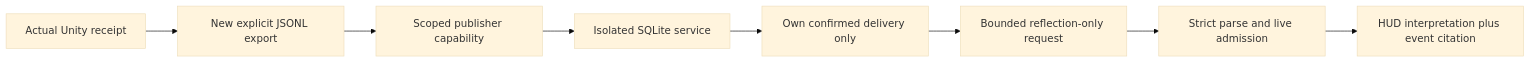
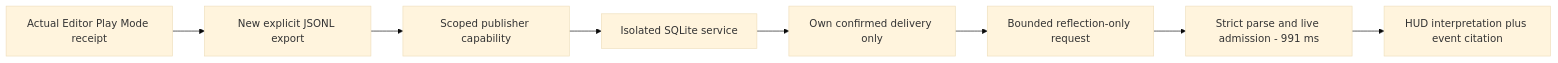
One commit to duikindiesee/kooker-starfall changed the second of 2 diagrams in docs/SYSTEM-ARCHITECTURE.md. Above: the diagram before and after it, drawn with Mermaid (base theme). The commit also changed other lines of this file and 2 other files, not shown here.

Commit message:
Record first admitted living-memory thought in Editor Play Mode

````diff
--- a/docs/SYSTEM-ARCHITECTURE.md
+++ b/docs/SYSTEM-ARCHITECTURE.md
@@ -153,10 +153,10 @@
 ```mermaid
 flowchart LR
-  A[Actual Unity receipt] --> E[New explicit JSONL export]
+  A[Actual Editor Play Mode receipt] --> E[New explicit JSONL export]
   E --> P[Scoped publisher capability]
   P --> S[Isolated SQLite service]
   S --> R[Own confirmed delivery only]
   R --> M[Bounded reflection-only request]
-  M --> G[Strict parse and live admission]
+  M --> G[Strict parse and live admission - 991 ms]
   G --> H[HUD interpretation plus event citation]
 ```
````
